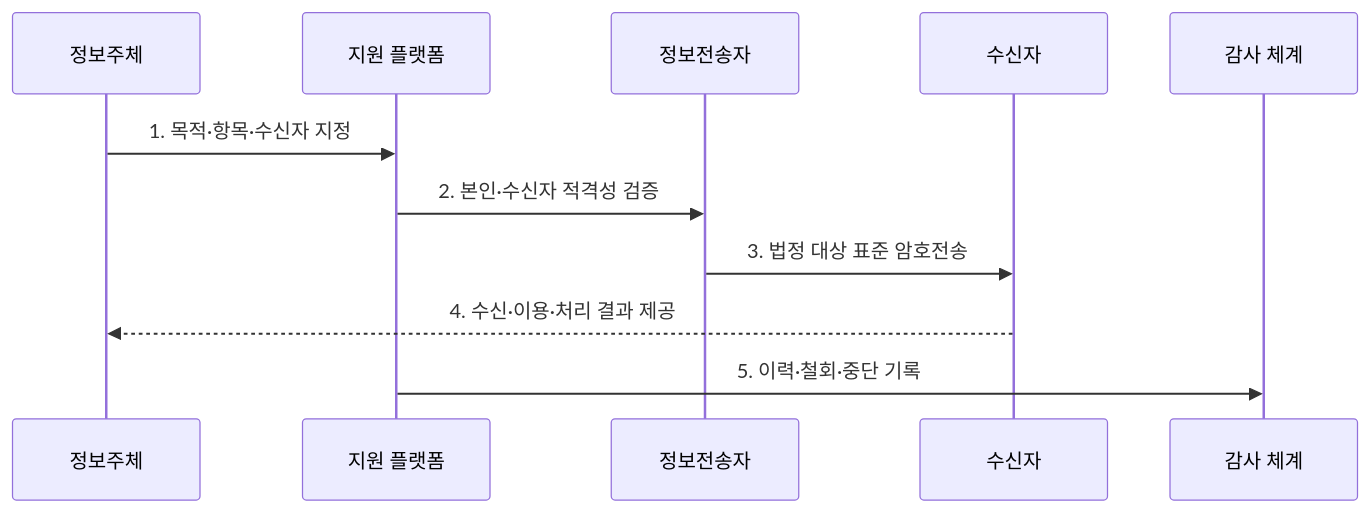
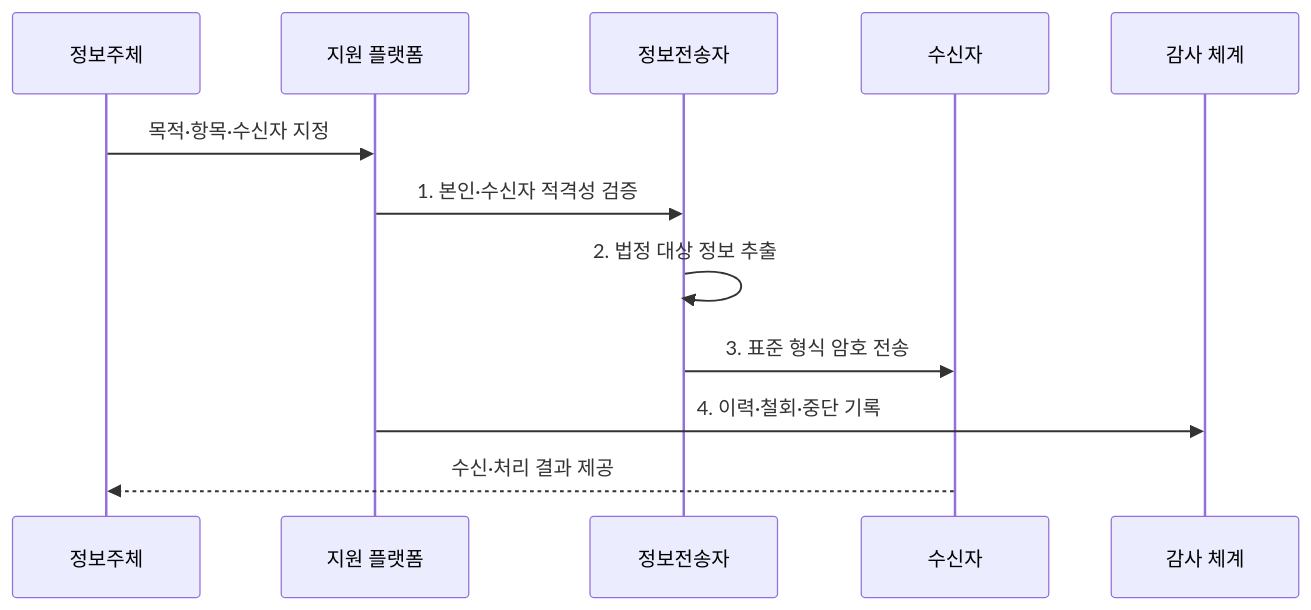
The second of 2 diagrams in src/content/docs/notes/05-security/096_data_portability_mydata.md (agnusdei1207/knowledge-base), drawn with Mermaid before and after one commit. The commit also changed other lines of this file and 20 other files, not shown here.

````diff
--- a/src/content/docs/notes/05-security/096_data_portability_mydata.md
+++ b/src/content/docs/notes/05-security/096_data_portability_mydata.md
@@ -85,13 +85,14 @@
 ```mermaid
 sequenceDiagram
     participant U as 정보주체
     participant P as 지원 플랫폼
     participant H as 정보전송자
     participant R as 수신자
     participant A as 감사 체계
-    U->>P: 1. 목적·항목·수신자 지정
-    P->>H: 2. 본인·수신자 적격성 검증
-    H->>R: 3. 법정 대상 표준 암호전송
-    R-->>U: 4. 수신·이용·처리 결과 제공
-    P->>A: 5. 이력·철회·중단 기록
+    U->>P: 목적·항목·수신자 지정
+    P->>H: 1. 본인·수신자 적격성 검증
+    H->>H: 2. 법정 대상 정보 추출
+    H->>R: 3. 표준 형식 암호 전송
+    P->>A: 4. 이력·철회·중단 기록
+    R-->>U: 수신·처리 결과 제공
 ```
````
